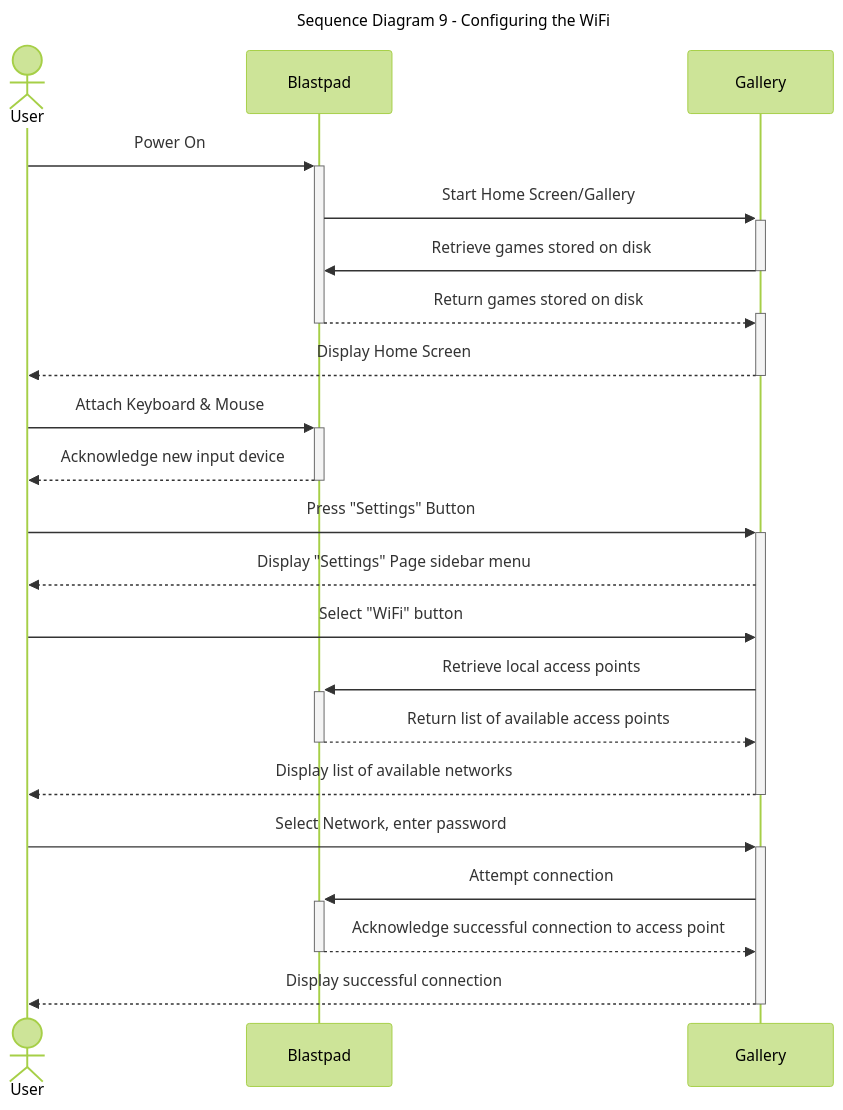
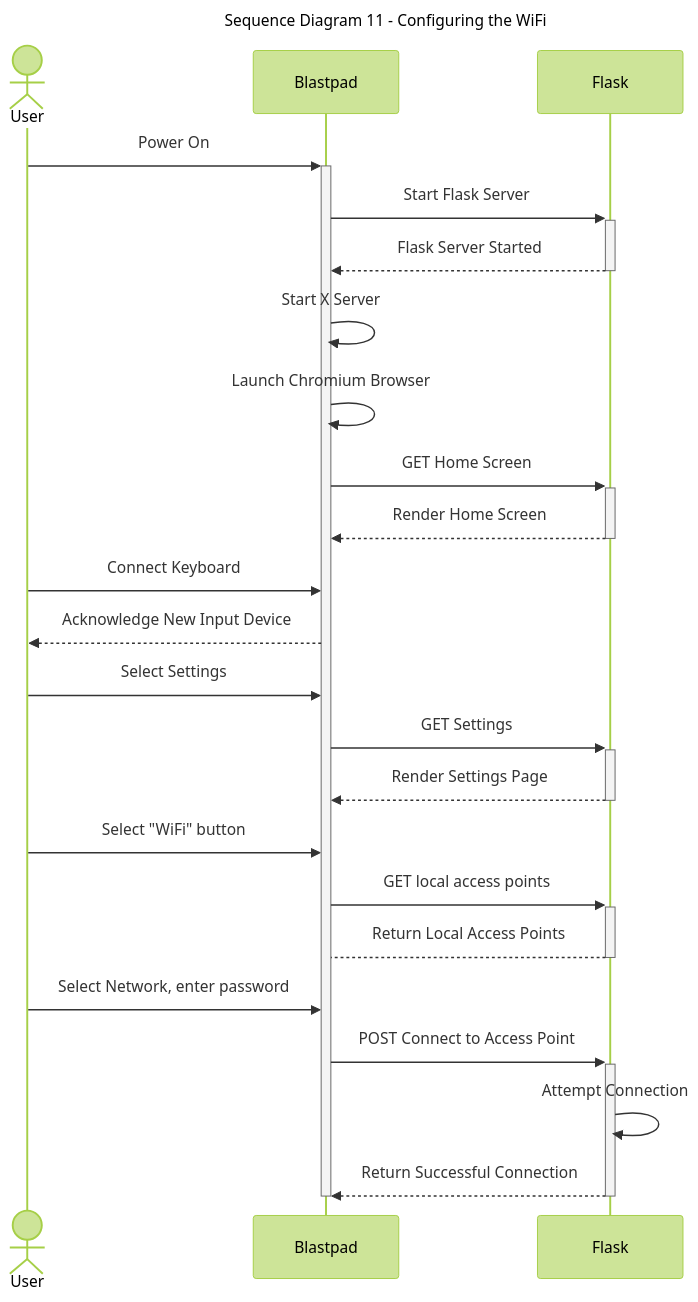
One commit to Capstone-Projects-2024-Spring/project-blastpad changed diagram 11 of 11 in documentation/docs/system-architecture/sequence-diagrams.md. Above: the diagram before and after it, drawn with Mermaid (forest theme). The commit also changed other lines of this file and 3 other files, not shown here.

Commit message:
Use Case Seq Diagrams

````diff
--- a/documentation/docs/system-architecture/sequence-diagrams.md
+++ b/documentation/docs/system-architecture/sequence-diagrams.md
@@ -357,32 +471,33 @@
 ```mermaid
 ---
-title: "Sequence Diagram 9 - Configuring the WiFi"
+title: "Sequence Diagram 11 - Configuring the WiFi"
 ---
-
 sequenceDiagram
 actor User
 User->>+Blastpad: Power On
-Blastpad->>+Gallery: Start Home Screen/Gallery
-Gallery->>-Blastpad: Retrieve games stored on disk
-Blastpad-->>+Gallery: Return games stored on disk
-deactivate Blastpad	
-Gallery-->>-User: Display Home Screen
+Blastpad->>+Flask: Start Flask Server
+Flask-->>-Blastpad: Flask Server Started
+Blastpad->>Blastpad: Start X Server
+Blastpad->>Blastpad: Launch Chromium Browser
 
-User->>+Blastpad: Attach Keyboard & Mouse
-Blastpad-->>-User: Acknowledge new input device
+Blastpad->>+Flask: GET Home Screen
+Flask-->>-Blastpad: Render Home Screen
 
+User->>Blastpad: Connect Keyboard
+Blastpad-->>User: Acknowledge New Input Device
 
+User->>Blastpad: Select Settings
+Blastpad->>+Flask: GET Settings
+Flask-->>-Blastpad: Render Settings Page
 
-User->>+Gallery: Press "Settings" Button
-Gallery-->>User: Display "Settings" Page sidebar menu
-User->>Gallery: Select "WiFi" button
-Gallery->>+Blastpad: Retrieve local access points
-Blastpad-->>-Gallery: Return list of available access points
-Gallery-->>-User: Display list of available networks
-User->>+Gallery: Select Network, enter password
+User->>Blastpad: Select "WiFi" button
+Blastpad->>+Flask: GET local access points
+Flask-->-Blastpad: Return Local Access Points
+User->>Blastpad: Select Network, enter password
 
-Gallery->>+Blastpad: Attempt connection
-Blastpad-->>-Gallery: Acknowledge successful connection to access point
-Gallery-->>-User: Display successful connection
+Blastpad->>+Flask: POST Connect to Access Point
+Flask->>Flask: Attempt Connection
+Flask-->>-Blastpad: Return Successful Connection
 
+deactivate Blastpad
 ```
````
